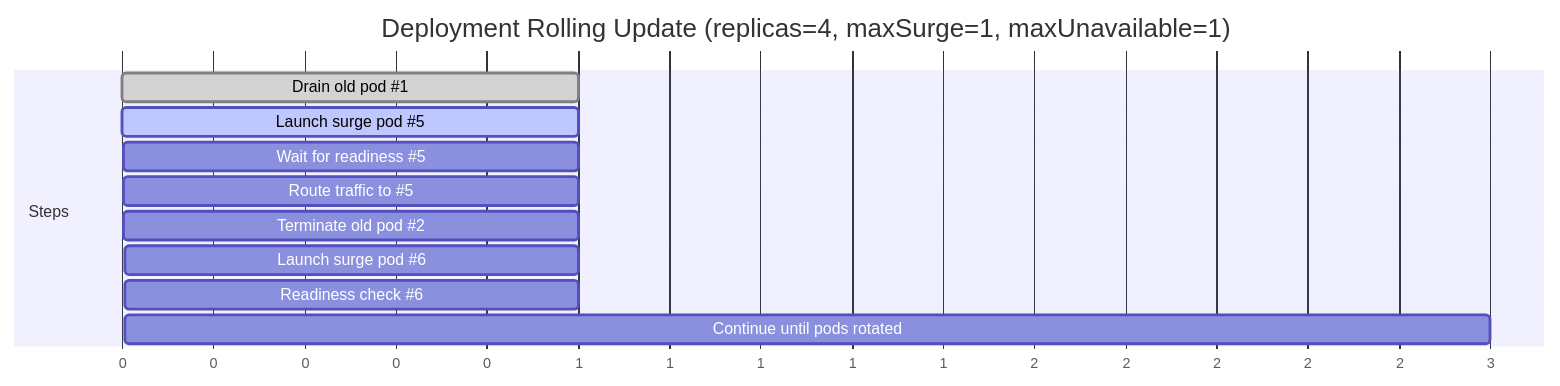
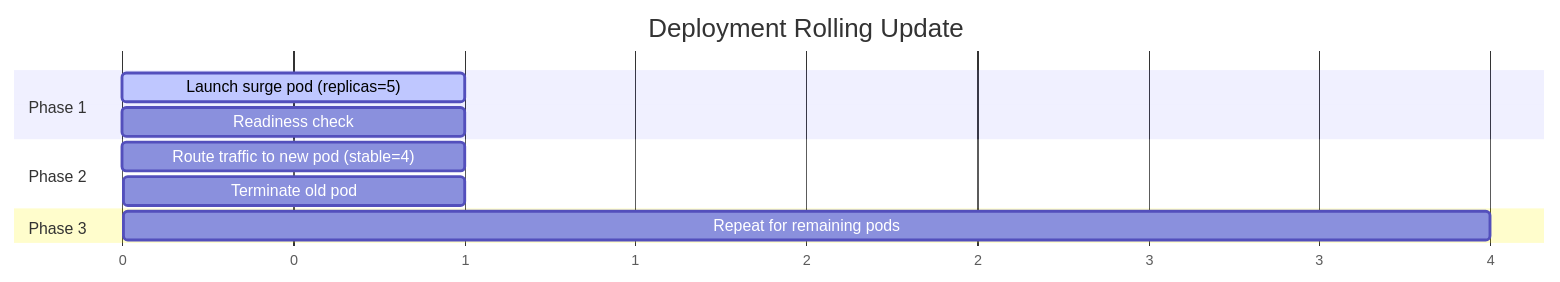
The diagram in 07. System Design/diagrams/kubernetes_rolling_update.md (1st/interview), drawn with Mermaid before and after one commit. The commit also changed other lines of this file and 9 other files, not shown here.

Commit message:
Updated diagrams

````diff
--- a/07. System Design/diagrams/kubernetes_rolling_update.md
+++ b/07. System Design/diagrams/kubernetes_rolling_update.md
@@ -3,16 +3,17 @@
 ```mermaid
 gantt
+    title Deployment Rolling Update
     dateFormat  X
     axisFormat  %s
-    title Deployment Rolling Update (replicas=4, maxSurge=1, maxUnavailable=1)
 
-    section Steps
-    Drain old pod #1          :done,    0, 1
-    Launch surge pod #5       :active,  1, 1
-    Wait for readiness #5     :         2, 1
-    Route traffic to #5       :         3, 1
-    Terminate old pod #2      :         4, 1
-    Launch surge pod #6       :         5, 1
-    Readiness check #6        :         6, 1
-    Continue until pods rotated :       7, 3
+    section Phase 1
+    Launch surge pod (replicas=5)   :active, 0, 1
+    Readiness check                 :         1, 1
+
+    section Phase 2
+    Route traffic to new pod (stable=4) : 2, 1
+    Terminate old pod                  : 3, 1
+
+    section Phase 3
+    Repeat for remaining pods         : 4, 4
 ```
````
